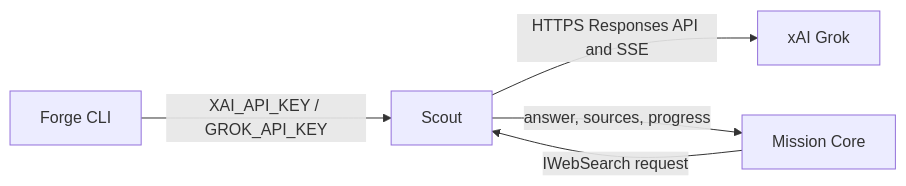
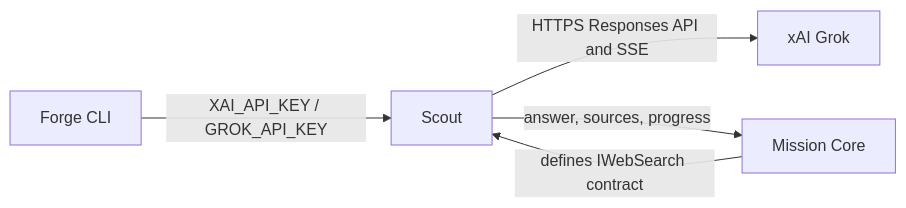
The diagram in src/ForgeMission.Scout/README.md (katasec/mission-control-language), drawn with Mermaid before and after one commit. The commit also changed other lines of this file and 20 other files, not shown here.

````diff
--- a/src/ForgeMission.Scout/README.md
+++ b/src/ForgeMission.Scout/README.md
@@ -41,7 +46,7 @@
 ```mermaid
 flowchart LR
   CLI[Forge CLI] -->|XAI_API_KEY / GROK_API_KEY| Scout[Scout]
-  Core[Mission Core] -->|IWebSearch request| Scout
+  Core[Mission Core] -->|defines IWebSearch contract| Scout
   Scout -->|HTTPS Responses API and SSE| Grok[xAI Grok]
   Scout -->|answer, sources, progress| Core
 ```
````
